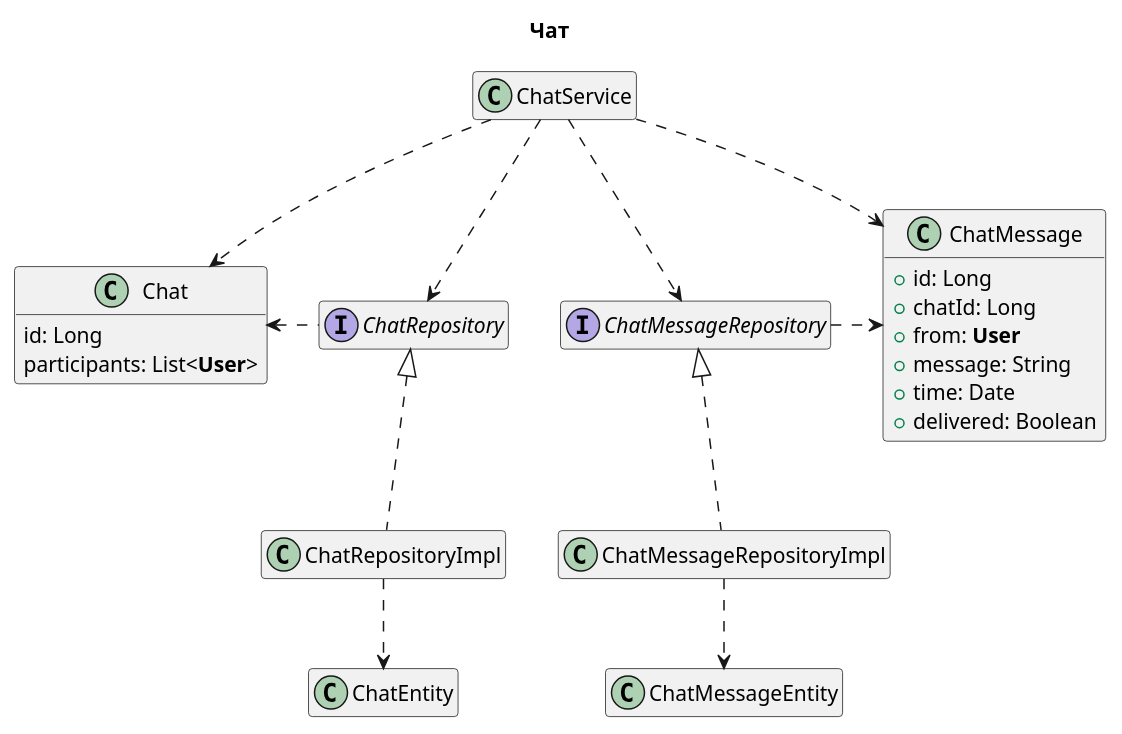
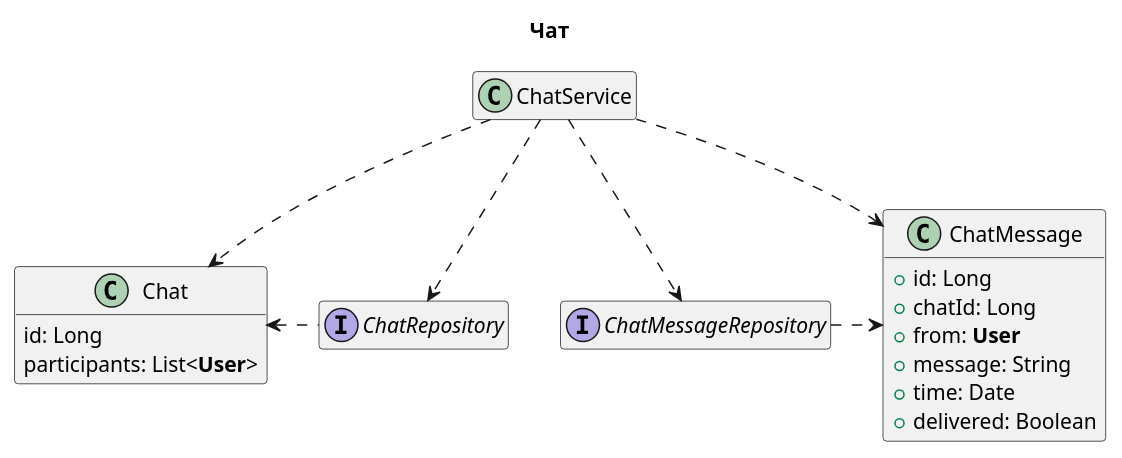
The diagram in src/main/docs/classes_chat.puml (hyposun/deppplom), drawn with PlantUML before and after one commit. The commit also changed 7 other files, not shown here.

```diff
--- a/src/main/docs/classes_chat.puml
+++ b/src/main/docs/classes_chat.puml
@@ -1,44 +1,44 @@
 @startuml
 
 hide empty members
 allowmixing
 
 title "Чат"
 
 class ChatService
 
 class Chat {
     id: Long
     participants: List<<b>User</b>>
 }
 
 class ChatMessage {
     + id: Long
     + chatId: Long
     + from: <b>User</b>
     + message: String
     + time: Date
     + delivered: Boolean
 }
 
 ChatService ..> Chat
 ChatService ..> ChatMessage
 
 interface ChatRepository
 interface ChatMessageRepository
 
-class ChatRepositoryImpl implements ChatRepository
-class ChatEntity
-ChatRepositoryImpl ..> ChatEntity
+'class ChatRepositoryImpl implements ChatRepository
+'class ChatEntity
+'ChatRepositoryImpl ..> ChatEntity
 
-class ChatMessageRepositoryImpl implements ChatMessageRepository
-class ChatMessageEntity
-ChatMessageRepositoryImpl ..> ChatMessageEntity
+'class ChatMessageRepositoryImpl implements ChatMessageRepository
+'class ChatMessageEntity
+'ChatMessageRepositoryImpl ..> ChatMessageEntity
 
 ChatService ..> ChatRepository
 ChatService ..> ChatMessageRepository
 
 Chat <. ChatRepository
 ChatMessageRepository .> ChatMessage
 
 @enduml
```
